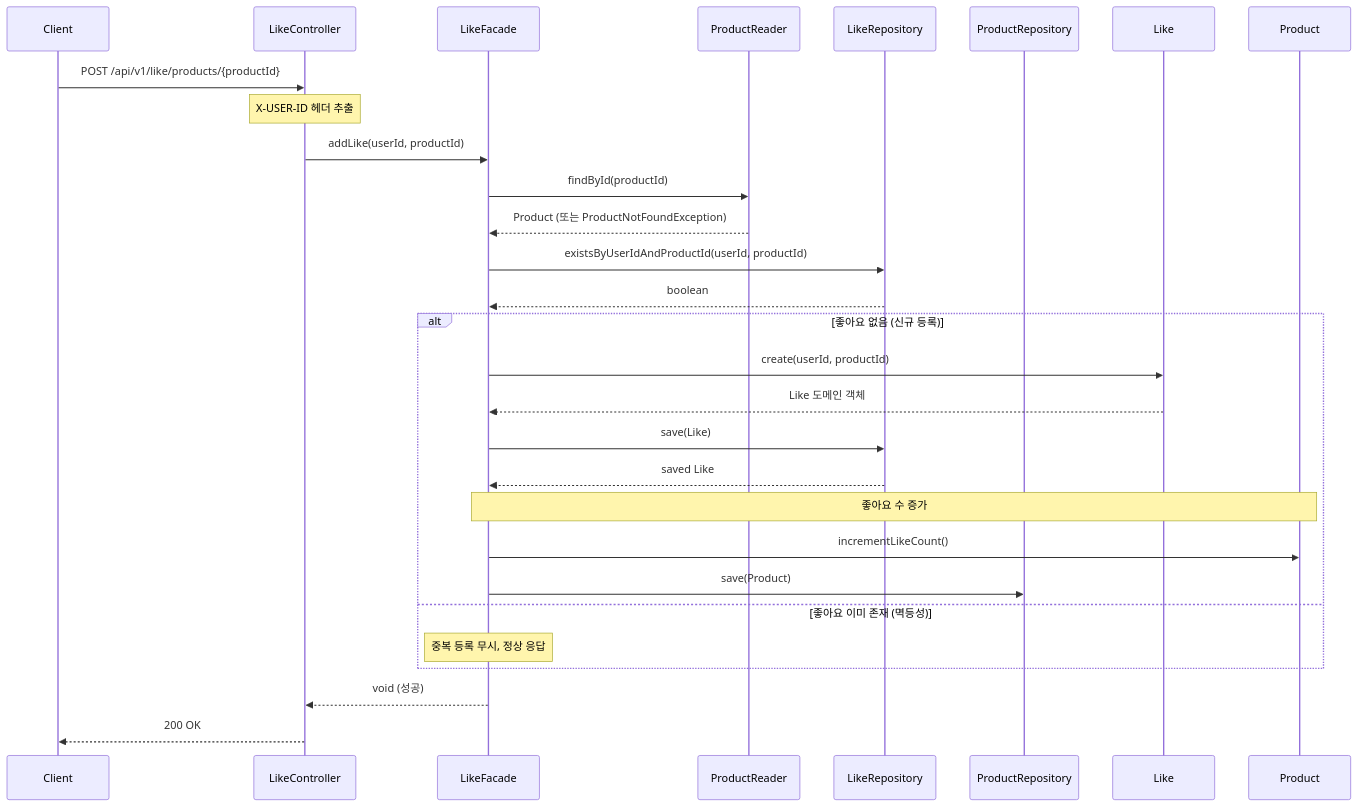
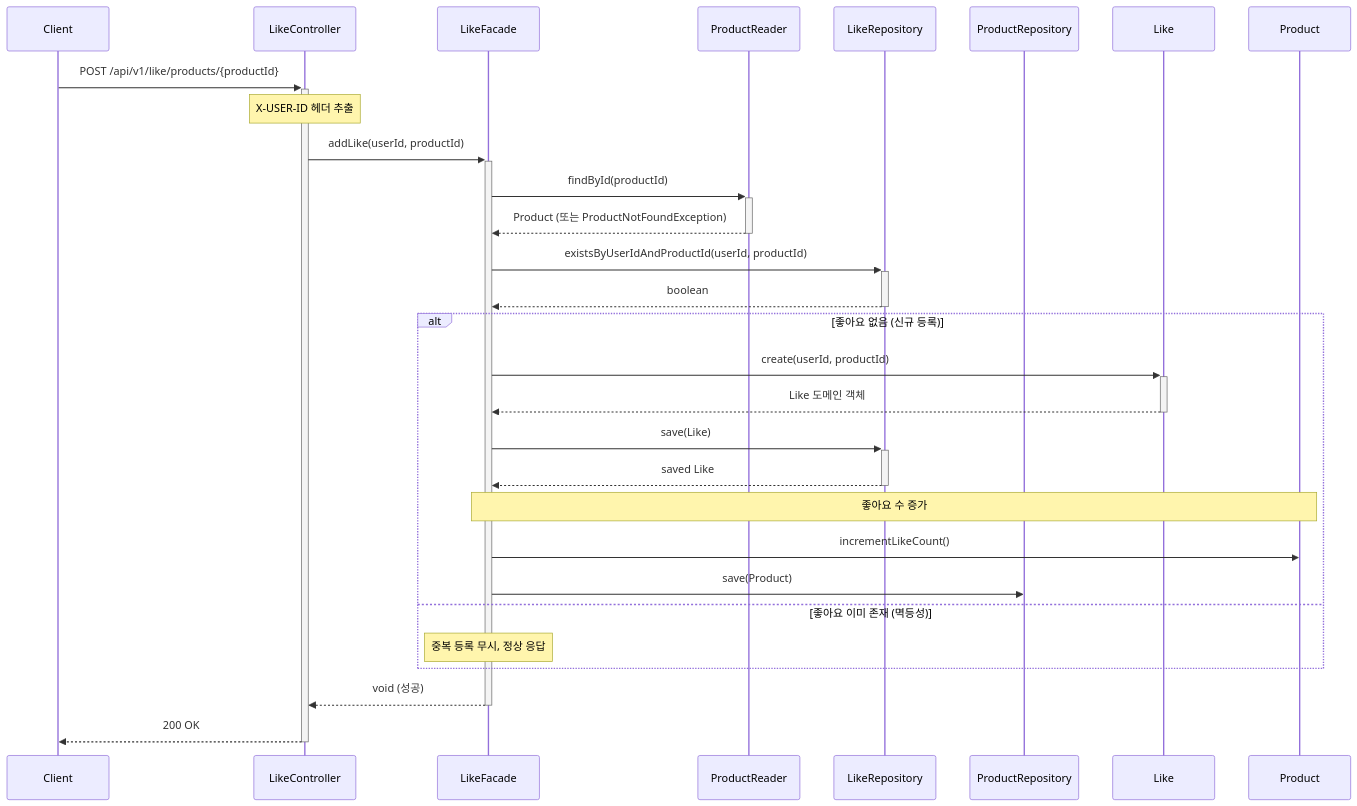
One commit to Loopers-dev-lab/loopers-spring-java-template changed the fourth of 16 diagrams in docs/week2/02-sequence-diagrams.md. Above: the diagram before and after it, drawn with Mermaid. The commit also changed other lines of this file, not shown here.

Commit message:
docs: 시퀀스 다이어그램 activation bar 추가

````diff
--- a/docs/week2/02-sequence-diagrams.md
+++ b/docs/week2/02-sequence-diagrams.md
@@ -182,38 +182,38 @@
 ```mermaid
 sequenceDiagram
     participant Client
     participant LikeController
     participant LikeFacade
     participant ProductReader
     participant LikeRepository
     participant ProductRepository
     participant Like
     participant Product
 
-    Client->>LikeController: POST /api/v1/like/products/{productId}
+    Client->>+LikeController: POST /api/v1/like/products/{productId}
     Note over LikeController: X-USER-ID 헤더 추출
 
-    LikeController->>LikeFacade: addLike(userId, productId)
+    LikeController->>+LikeFacade: addLike(userId, productId)
 
-    LikeFacade->>ProductReader: findById(productId)
-    ProductReader-->>LikeFacade: Product (또는 ProductNotFoundException)
+    LikeFacade->>+ProductReader: findById(productId)
+    ProductReader-->>-LikeFacade: Product (또는 ProductNotFoundException)
 
-    LikeFacade->>LikeRepository: existsByUserIdAndProductId(userId, productId)
-    LikeRepository-->>LikeFacade: boolean
+    LikeFacade->>+LikeRepository: existsByUserIdAndProductId(userId, productId)
+    LikeRepository-->>-LikeFacade: boolean
 
     alt 좋아요 없음 (신규 등록)
-        LikeFacade->>Like: create(userId, productId)
-        Like-->>LikeFacade: Like 도메인 객체
-        LikeFacade->>LikeRepository: save(Like)
-        LikeRepository-->>LikeFacade: saved Like
+        LikeFacade->>+Like: create(userId, productId)
+        Like-->>-LikeFacade: Like 도메인 객체
+        LikeFacade->>+LikeRepository: save(Like)
+        LikeRepository-->>-LikeFacade: saved Like
 
         Note over LikeFacade,Product: 좋아요 수 증가
         LikeFacade->>Product: incrementLikeCount()
         LikeFacade->>ProductRepository: save(Product)
     else 좋아요 이미 존재 (멱등성)
         Note over LikeFacade: 중복 등록 무시, 정상 응답
     end
 
-    LikeFacade-->>LikeController: void (성공)
-    LikeController-->>Client: 200 OK
+    LikeFacade-->>-LikeController: void (성공)
+    LikeController-->>-Client: 200 OK
 ```
````
